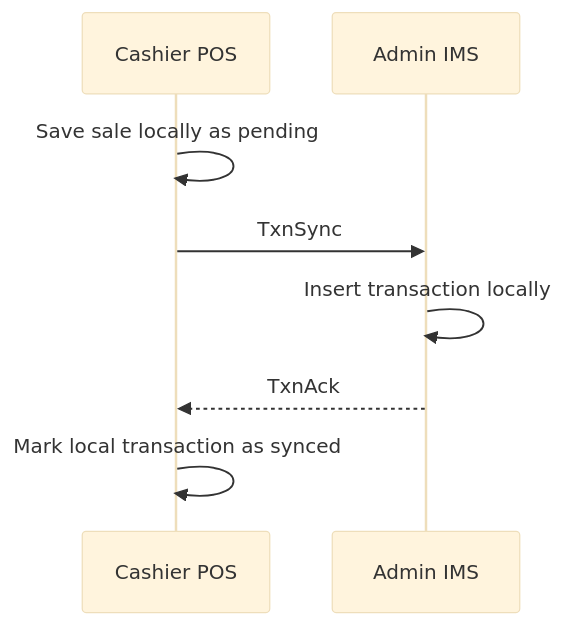
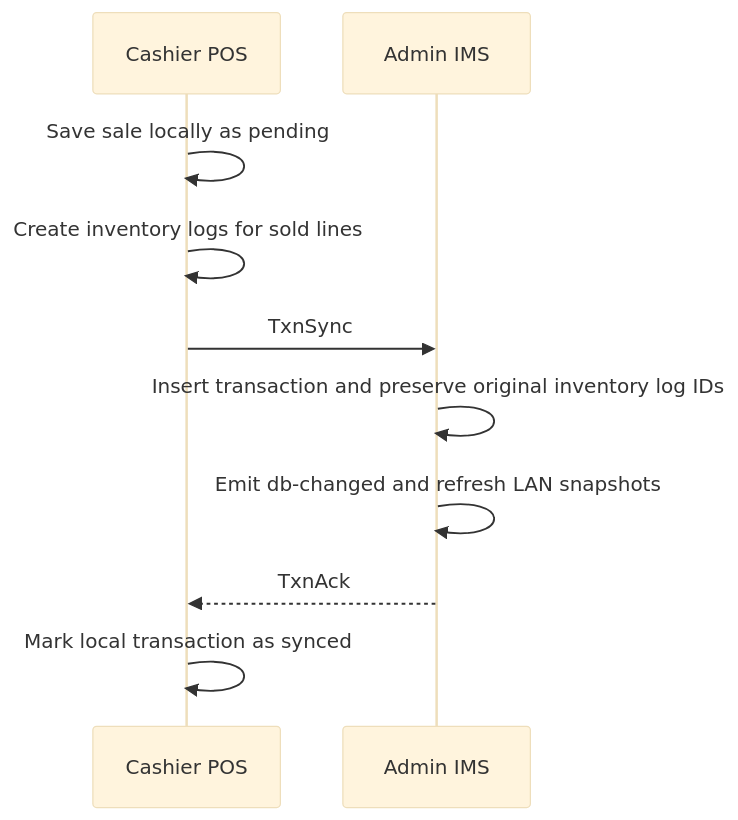
One commit to BootlegYouki/at-iba-pa-pos changed the sixth of 7 diagrams in docs/04-networking.md. Above: the diagram before and after it, drawn with Mermaid (base theme). The commit also changed other lines of this file and 4 other files, not shown here.

Commit message:
chore: Update changelog and documentation for inventory logs, LAN/cloud sync behavior, and stock synchronization improvements

````diff
--- a/docs/04-networking.md
+++ b/docs/04-networking.md
@@ -176,11 +176,13 @@
 ```mermaid
 sequenceDiagram
     participant Cashier as Cashier POS
     participant Admin as Admin IMS
 
     Cashier->>Cashier: Save sale locally as pending
+    Cashier->>Cashier: Create inventory logs for sold lines
     Cashier->>Admin: TxnSync
-    Admin->>Admin: Insert transaction locally
+    Admin->>Admin: Insert transaction and preserve original inventory log IDs
+    Admin->>Admin: Emit db-changed and refresh LAN snapshots
     Admin-->>Cashier: TxnAck
     Cashier->>Cashier: Mark local transaction as synced
 ```
````
